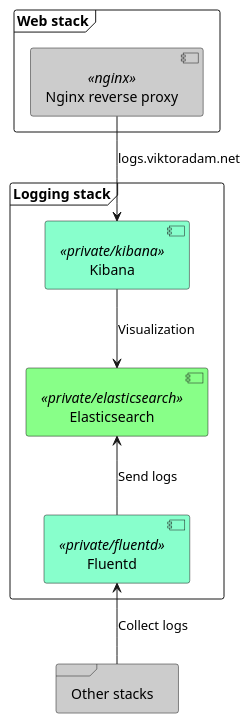
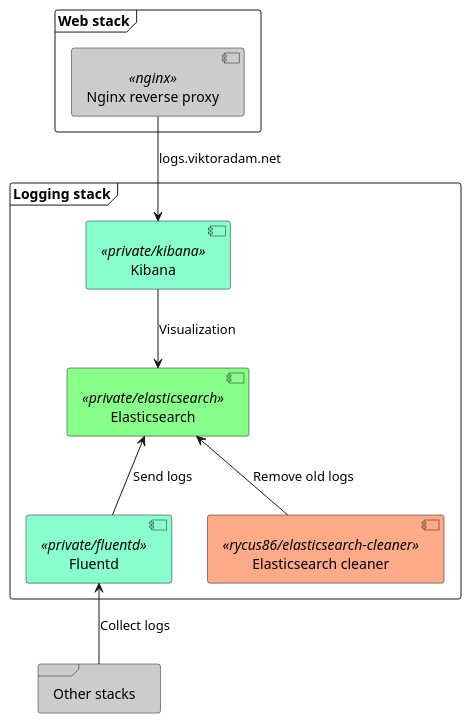
Before and after one commit to rycus86/home-stack-logging: the diagram in stack.puml, drawn with PlantUML. The commit also changed 3 other files, not shown here.

Commit message:
Add Elasticsearch cleaner

```diff
--- a/stack.puml
+++ b/stack.puml
@@ -1,21 +1,23 @@
 @startuml
 
 frame "Logging stack" as stack {
     [Elasticsearch] << private/elasticsearch >> as es #8f8
     [Kibana] << private/kibana >> as kibana #8fc
     [Fluentd] << private/fluentd >> as fluentd #8fc
+    [Elasticsearch cleaner] << rycus86/elasticsearch-cleaner >> as es_cleaner #fa8
 }
 
 frame "Web stack" as web_stack {
     [Nginx reverse proxy] << nginx >> as nginx #ccc
 }
 
 frame "Other stacks" as others #ccc
 
 nginx --> kibana : logs.viktoradam.net
 kibana --> es : Visualization
 es <-- fluentd : Send logs
+es <-- es_cleaner : Remove old logs
 
 fluentd <-- others : Collect logs
 
 @enduml
```
